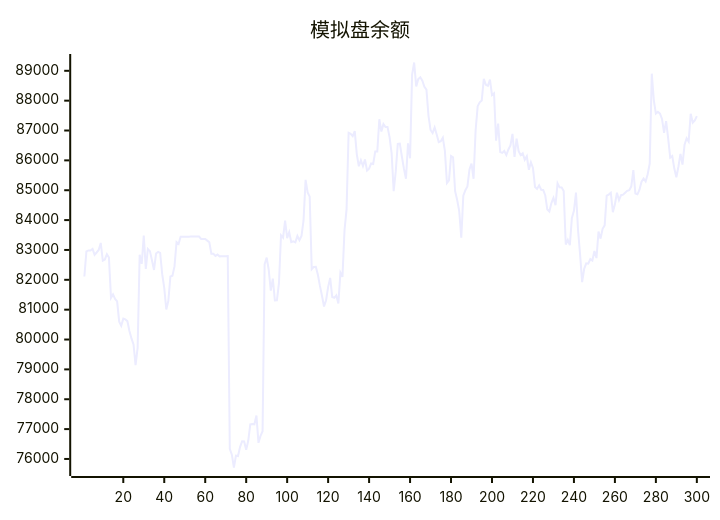
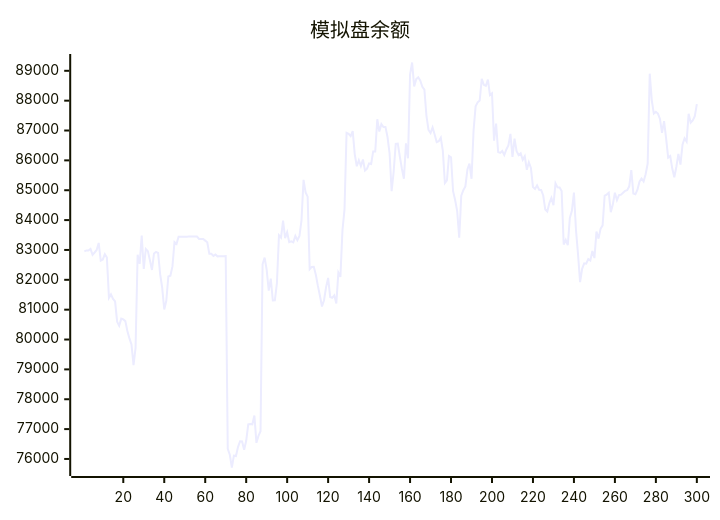
Before and after one commit to aahl/ai-trading: the diagram in README.md, drawn with Mermaid. The commit also changed other lines of this file and 1 other file, not shown here.

````diff
--- a/README.md
+++ b/README.md
@@ -5,5 +5,5 @@
 ```mermaid
 xychart
     title "模拟盘余额"
-    line [82110,82951,82983,82984,83038,82838,82915,82998,83235,82642,82682,82858,82746,81396,81512,81362,81277,80600,80461,80699,80673,80616,80288,80038,79836,79142,79722,82837,82533,83480,82366,83032,82960,82654,82330,82883,82934,82901,82188,81728,81005,81298,82110,82135,82449,83264,83203,83440,83439,83440,83440,83446,83447,83448,83447,83448,83449,83369,83369,83369,83313,83256,82872,82873,82801,82844,82785,82791,82791,82793,82794,76339,76145,75714,76110,76096,76397,76594,76585,76310,76607,77160,77170,77160,77456,76541,76774,76927,82520,82744,82337,81639,82040,81307,81314,81887,83490,83414,83984,83396,83594,83261,83287,83253,83470,83327,83465,83987,85348,84930,84786,82355,82433,82438,82167,81795,81466,81105,81315,81756,82064,81426,81398,81481,81210,82242,82099,83658,84359,86925,86892,86814,86980,86203,85802,86003,85811,86028,85657,85721,85896,85880,86300,86299,87378,86965,87214,87115,87118,86780,86238,84966,85623,86555,86562,86129,85722,85387,86569,86070,88870,89278,88477,88720,88781,88668,88467,88372,87493,87018,86917,87102,86870,86613,86644,86758,86317,85242,85334,86149,86106,84968,84671,84302,83410,84816,85001,85127,85693,85891,85384,87001,87811,87945,88007,88734,88528,88495,88705,88189,88248,86662,87234,86279,86251,86314,86177,86364,86503,86886,86114,86731,86310,86176,86240,86017,86136,85685,85938,85749,85111,85044,85164,85016,85008,84824,84354,84287,84572,84745,84500,85234,85096,85095,84970,83180,83338,83157,84070,84309,84922,83667,82850,81924,82369,82552,82539,82695,82648,82962,82728,83619,83378,83710,83825,84819,84854,84917,84265,84527,84919,84668,84834,84850,84916,84981,85004,85131,85674,84891,84864,85019,85284,85393,85294,85538,85894,88904,88012,87567,87625,87568,87386,86920,87313,86737,86094,86143,85725,85437,85787,86219,85859,86526,86740,86630,87563,87264,87335,87483]
+    line [82951,82983,82984,83038,82838,82915,82998,83235,82642,82682,82858,82746,81396,81512,81362,81277,80600,80461,80699,80673,80616,80288,80038,79836,79142,79722,82837,82533,83480,82366,83032,82960,82654,82330,82883,82934,82901,82188,81728,81005,81298,82110,82135,82449,83264,83203,83440,83439,83440,83440,83446,83447,83448,83447,83448,83449,83369,83369,83369,83313,83256,82872,82873,82801,82844,82785,82791,82791,82793,82794,76339,76145,75714,76110,76096,76397,76594,76585,76310,76607,77160,77170,77160,77456,76541,76774,76927,82520,82744,82337,81639,82040,81307,81314,81887,83490,83414,83984,83396,83594,83261,83287,83253,83470,83327,83465,83987,85348,84930,84786,82355,82433,82438,82167,81795,81466,81105,81315,81756,82064,81426,81398,81481,81210,82242,82099,83658,84359,86925,86892,86814,86980,86203,85802,86003,85811,86028,85657,85721,85896,85880,86300,86299,87378,86965,87214,87115,87118,86780,86238,84966,85623,86555,86562,86129,85722,85387,86569,86070,88870,89278,88477,88720,88781,88668,88467,88372,87493,87018,86917,87102,86870,86613,86644,86758,86317,85242,85334,86149,86106,84968,84671,84302,83410,84816,85001,85127,85693,85891,85384,87001,87811,87945,88007,88734,88528,88495,88705,88189,88248,86662,87234,86279,86251,86314,86177,86364,86503,86886,86114,86731,86310,86176,86240,86017,86136,85685,85938,85749,85111,85044,85164,85016,85008,84824,84354,84287,84572,84745,84500,85234,85096,85095,84970,83180,83338,83157,84070,84309,84922,83667,82850,81924,82369,82552,82539,82695,82648,82962,82728,83619,83378,83710,83825,84819,84854,84917,84265,84527,84919,84668,84834,84850,84916,84981,85004,85131,85674,84891,84864,85019,85284,85393,85294,85538,85894,88904,88012,87567,87625,87568,87386,86920,87313,86737,86094,86143,85725,85437,85787,86219,85859,86526,86740,86630,87563,87264,87335,87483,87886]
 ```
````
